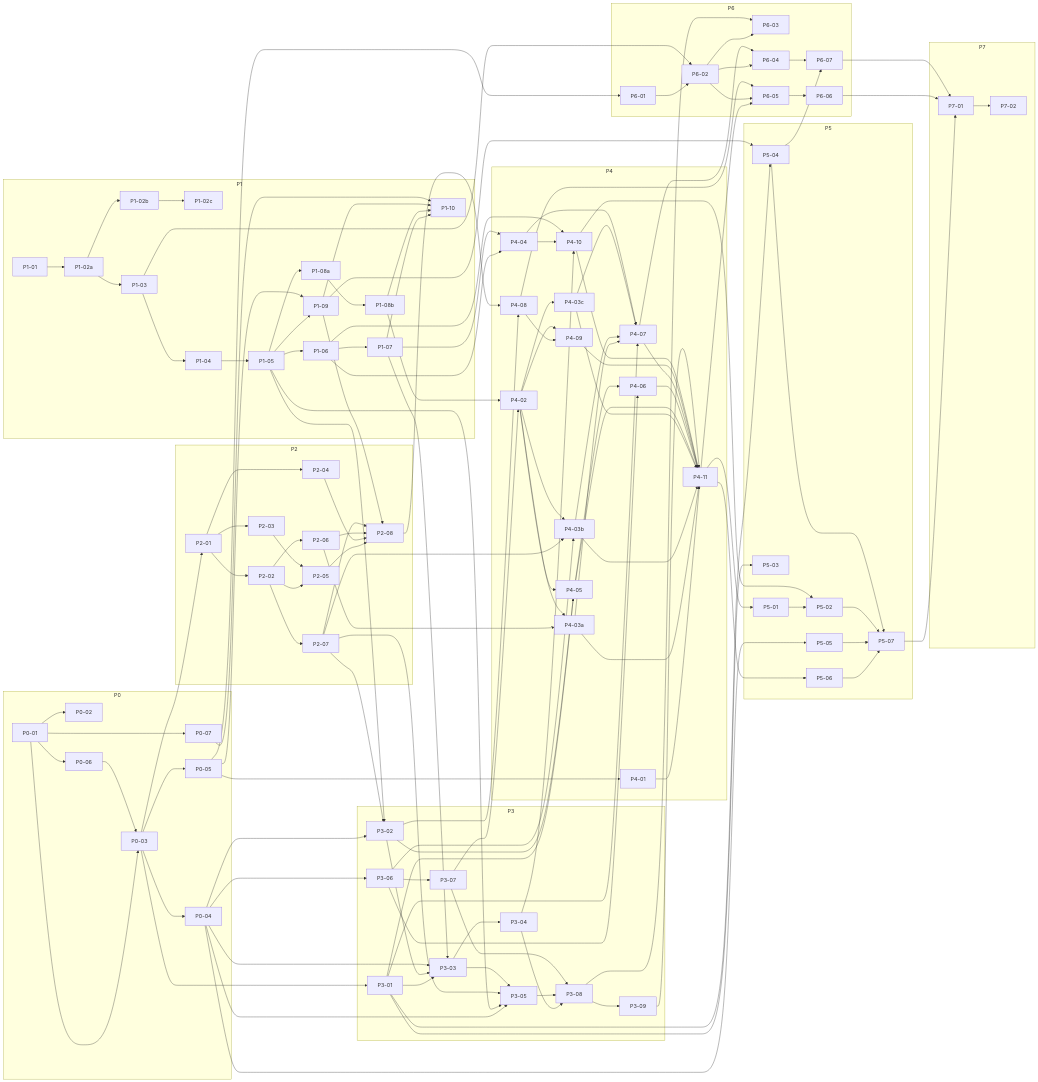
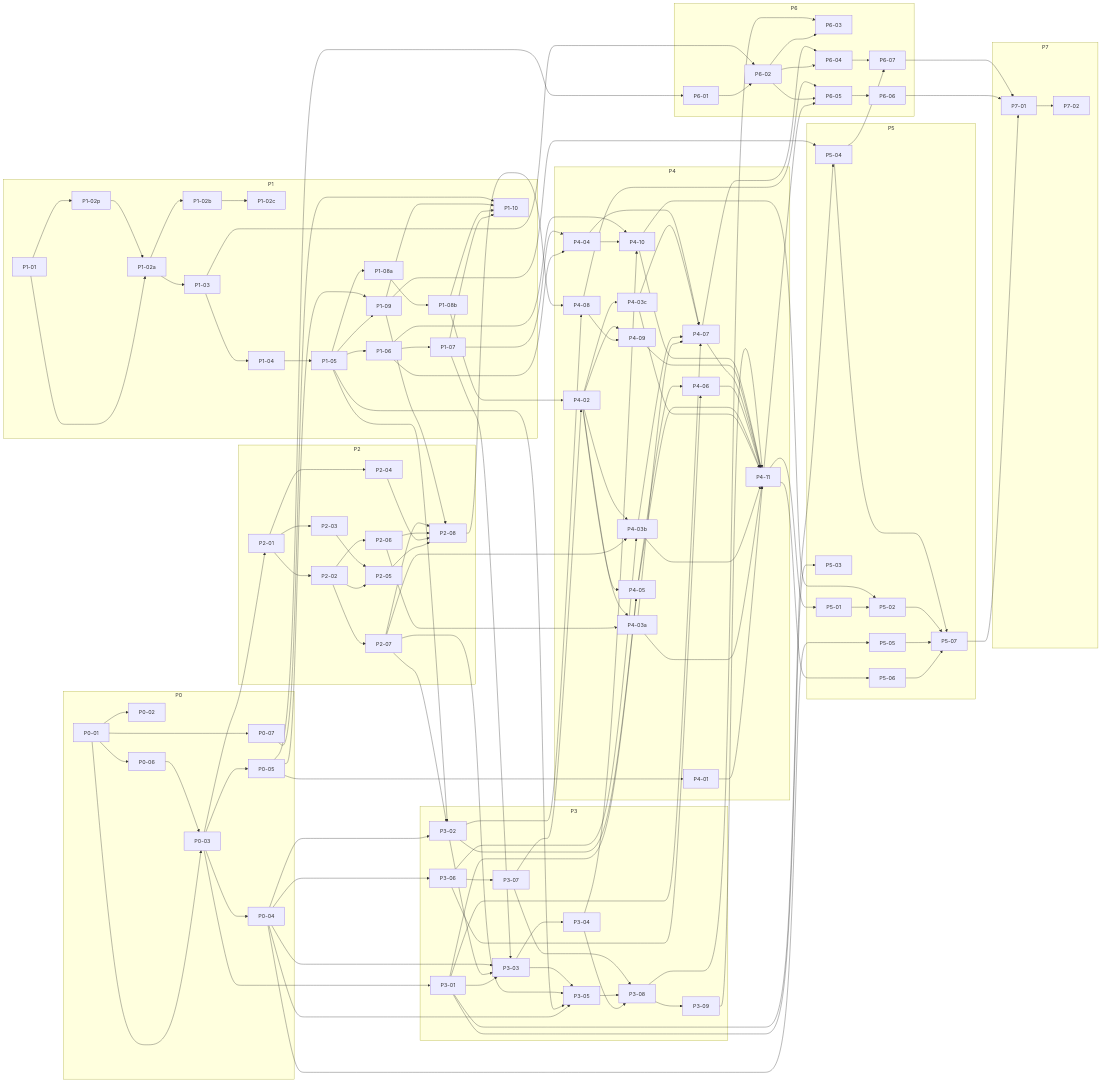
The diagram in docs/packages/README.md (lookmanrays/purser), drawn with Mermaid before and after one commit. The commit also changed other lines of this file and 4 other files, not shown here.

```diff
--- a/docs/packages/README.md
+++ b/docs/packages/README.md
@@ -91,6 +92,7 @@
     P1_02a["P1-02a"]
     P1_02b["P1-02b"]
     P1_02c["P1-02c"]
+    P1_02p["P1-02p"]
     P1_03["P1-03"]
     P1_04["P1-04"]
     P1_05["P1-05"]
@@ -167,8 +169,10 @@
   P0_01 --> P0_06
   P0_01 --> P0_07
   P1_01 --> P1_02a
+  P1_02p --> P1_02a
   P1_02a --> P1_02b
   P1_02b --> P1_02c
+  P1_01 --> P1_02p
   P1_02a --> P1_03
   P1_03 --> P1_04
   P1_04 --> P1_05
```
